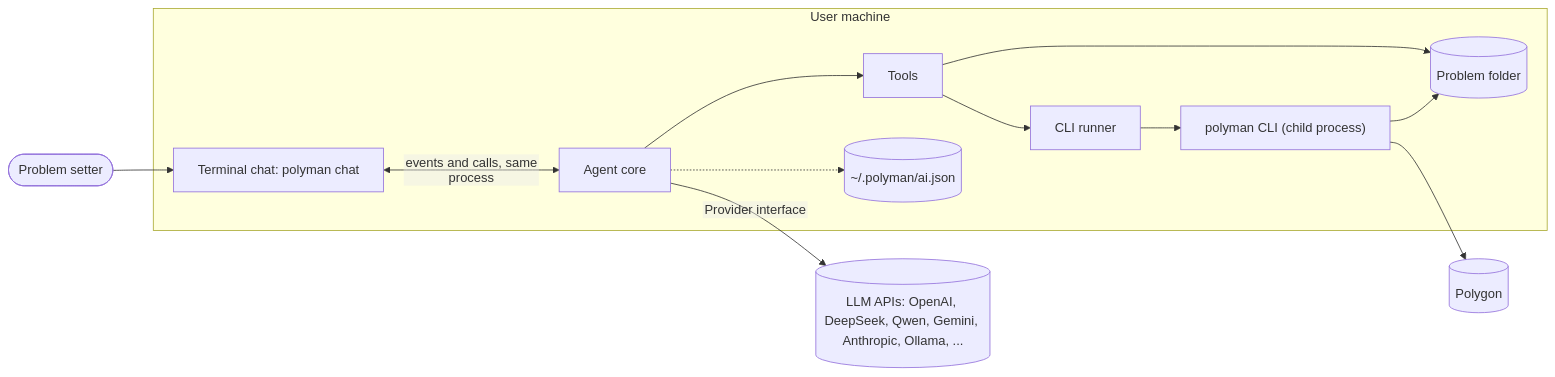
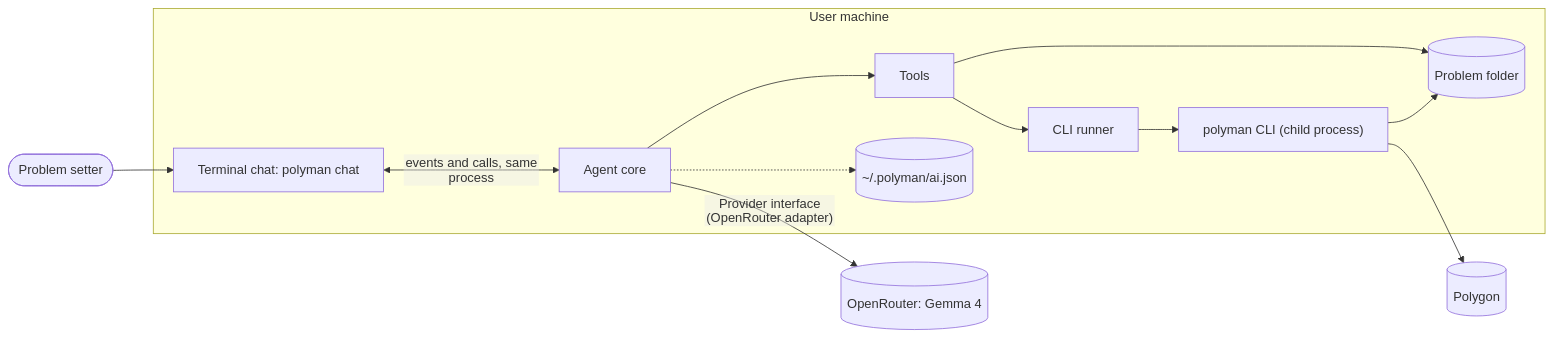
Before and after one commit to Ahmad-Faraj/polyman: the first of 2 diagrams in design/agent/README.md, drawn with Mermaid. The commit also changed other lines of this file and 29 other files, not shown here.

````diff
--- a/design/agent/README.md
+++ b/design/agent/README.md
@@ -46,26 +65,26 @@
 ```mermaid
 %%{init: {"flowchart": {"htmlLabels": false}} }%%
 flowchart LR
   user(["Problem setter"])
   subgraph pc["User machine"]
     tui["Terminal chat: polyman chat"]
     core["Agent core"]
     tools["Tools"]
     runner["CLI runner"]
     cli["polyman CLI (child process)"]
     files[("Problem folder")]
     keys[("~/.polyman/ai.json")]
   end
-  llm[("LLM APIs: OpenAI, DeepSeek, Qwen, Gemini, Anthropic, Ollama, ...")]
+  llm[("OpenRouter: Gemma 4")]
   polygon[("Polygon")]
 
   user --> tui
   tui <-->|"events and calls, same process"| core
-  core -->|"Provider interface"| llm
+  core -->|"Provider interface (OpenRouter adapter)"| llm
   core --> tools
   tools --> runner --> cli
   tools --> files
   cli --> files
   cli --> polygon
   core -.-> keys
 ```
````
